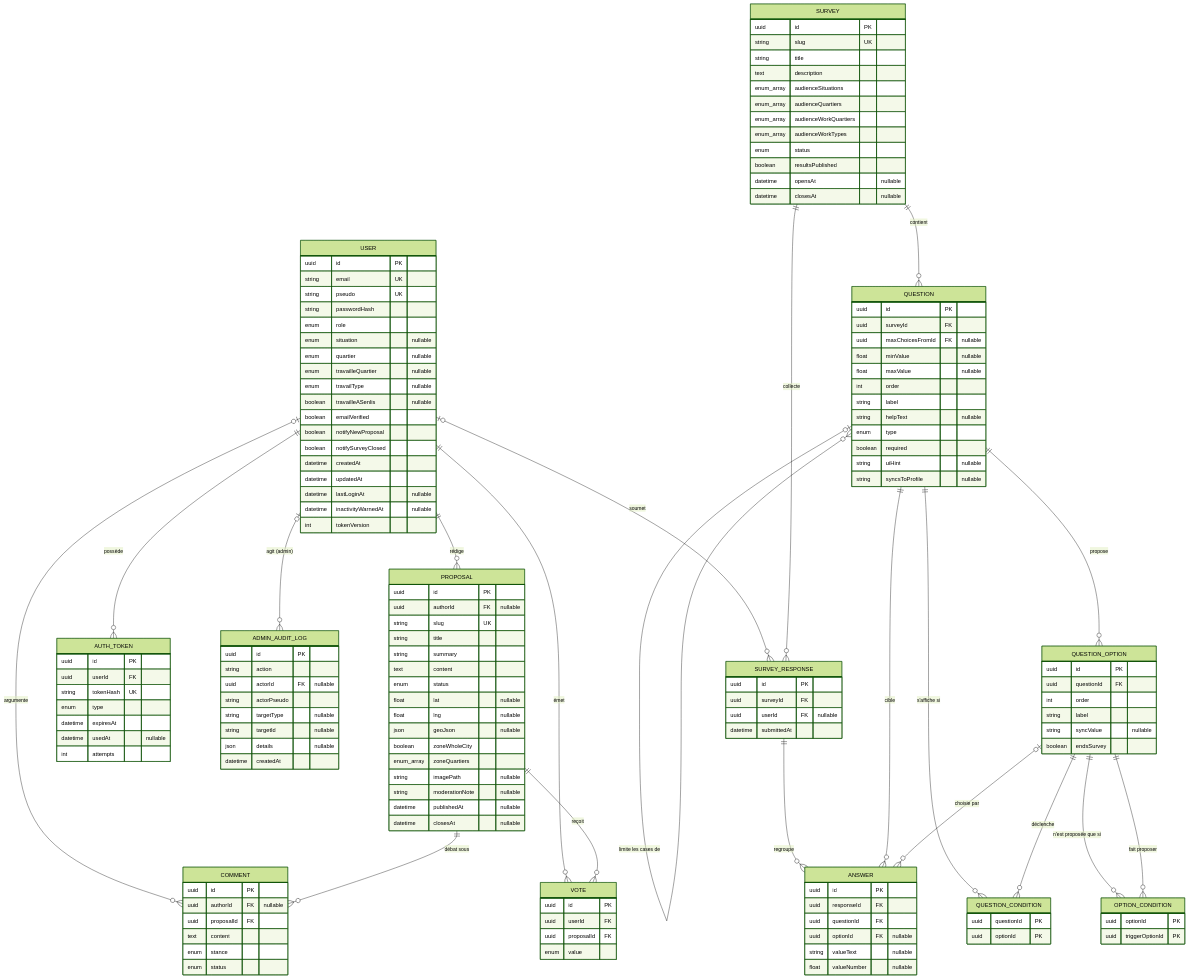
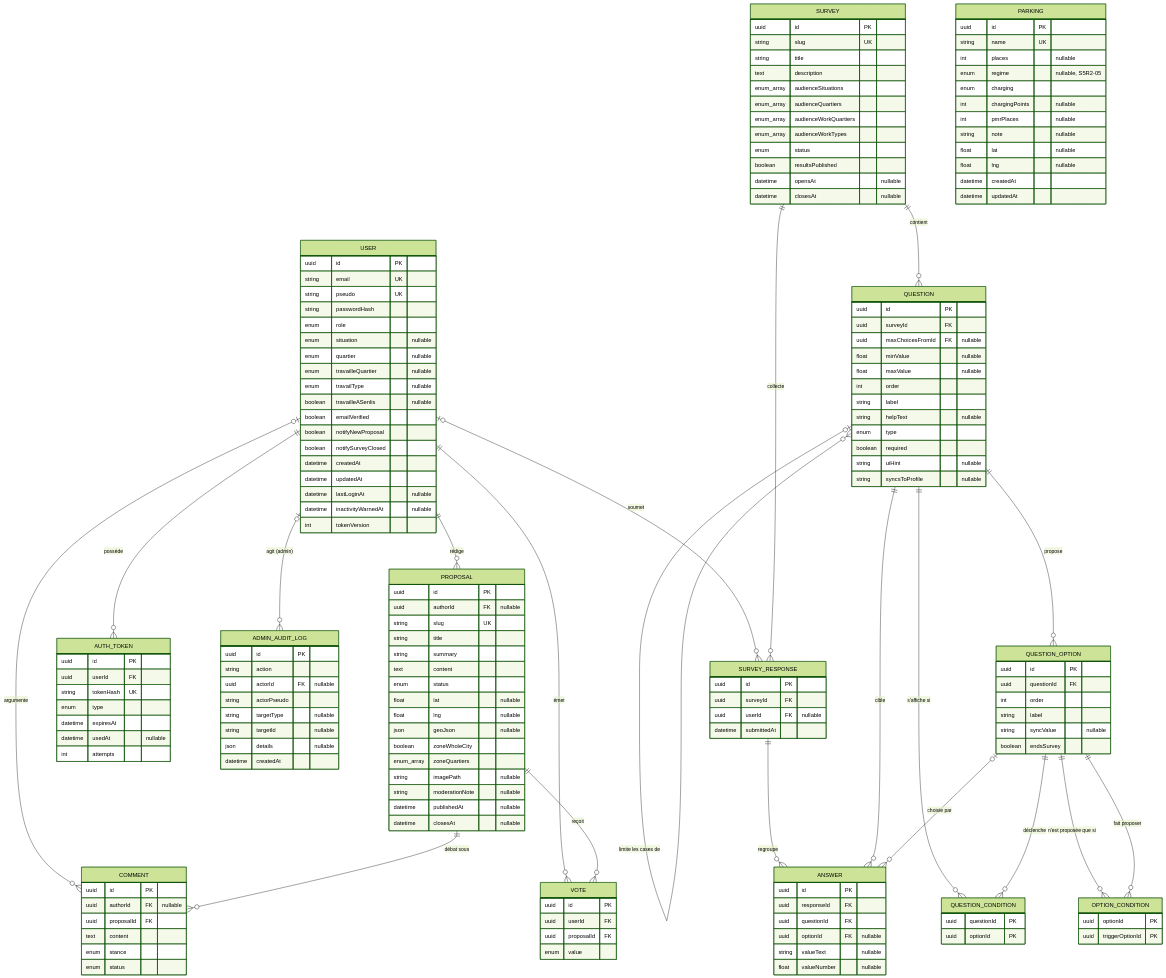
The diagram in 02-diagramme-erd.md (Nathalie-Leduc/Senlis-Participatif-docs), drawn with Mermaid (forest theme) before and after one commit. The commit also changed 9 other files, not shown here.

```diff
--- a/02-diagramme-erd.md
+++ b/02-diagramme-erd.md
@@ -55,6 +55,20 @@
         datetime expiresAt
         datetime usedAt "nullable"
         int attempts
+    }
+    PARKING {
+        uuid id PK
+        string name UK
+        int places "nullable"
+        enum regime "nullable, S5R2-05"
+        enum charging
+        int chargingPoints "nullable"
+        int pmrPlaces "nullable"
+        string note "nullable"
+        float lat "nullable"
+        float lng "nullable"
+        datetime createdAt
+        datetime updatedAt
     }
     ADMIN_AUDIT_LOG {
         uuid id PK
```
